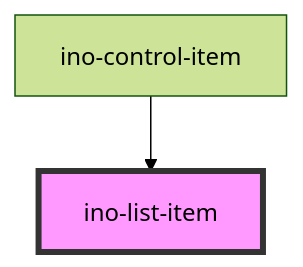
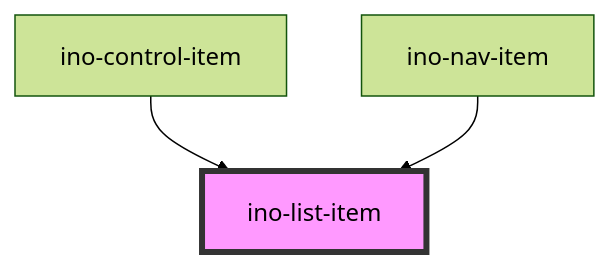
One commit to inovex/elements changed the diagram in packages/elements/src/components/ino-list-item/readme.md. Above: the diagram before and after it, drawn with Mermaid (forest theme). The commit also changed other lines of this file and 39 other files, not shown here.

Commit message:
feat(elements|ino-nav-drawer): create nav-drawer-element with nav-item

````diff
--- a/packages/elements/src/components/ino-list-item/readme.md
+++ b/packages/elements/src/components/ino-list-item/readme.md
@@ -71,5 +72,6 @@
 ```mermaid
 graph TD;
   ino-control-item --> ino-list-item
+  ino-nav-item --> ino-list-item
   style ino-list-item fill:#f9f,stroke:#333,stroke-width:4px
 ```
````
